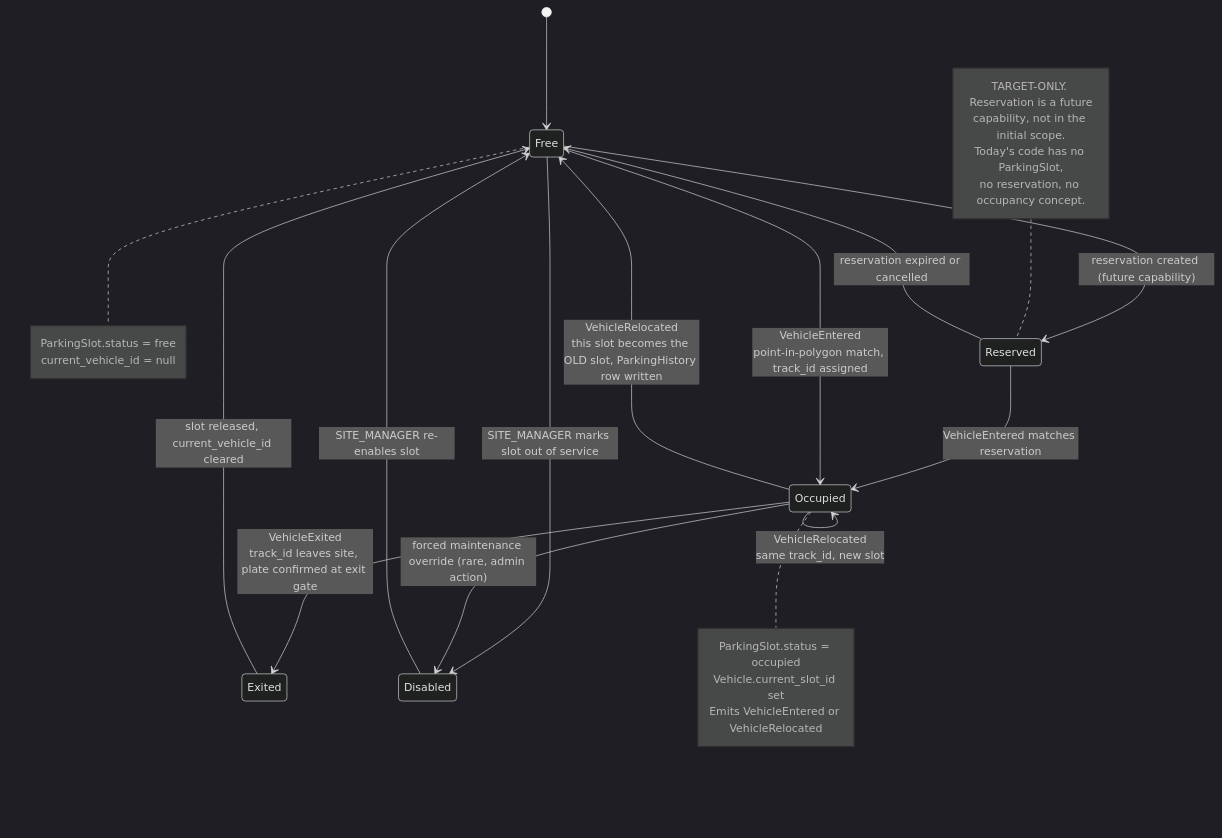
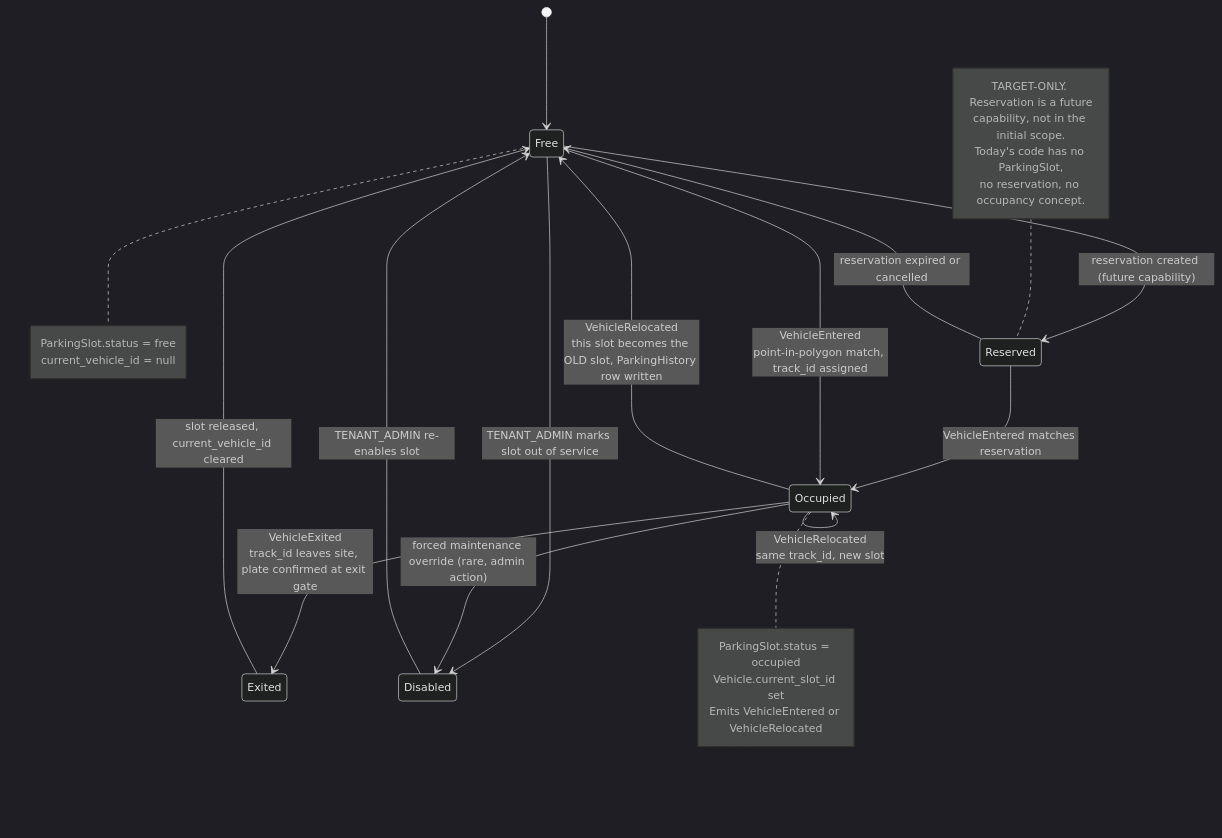
One commit to dainn-dev/next-manage-user changed the diagram in docs/02_Business_Flow/diagrams/parking-session-lifecycle-state.mmd. Above: the diagram before and after it, drawn with Mermaid (dark theme). The commit also changed 151 other files, not shown here.

```diff
--- a/docs/02_Business_Flow/diagrams/parking-session-lifecycle-state.mmd
+++ b/docs/02_Business_Flow/diagrams/parking-session-lifecycle-state.mmd
@@ -1,36 +1,36 @@
 stateDiagram-v2
     [*] --> Free
 
     Free --> Reserved: reservation created (future capability)
     Reserved --> Free: reservation expired or cancelled
     Reserved --> Occupied: VehicleEntered matches reservation
 
     Free --> Occupied: VehicleEntered<br/>point-in-polygon match, track_id assigned
 
     Occupied --> Occupied: VehicleRelocated<br/>same track_id, new slot
     Occupied --> Free: VehicleRelocated<br/>this slot becomes the OLD slot, ParkingHistory row written
 
     Occupied --> Exited: VehicleExited<br/>track_id leaves site, plate confirmed at exit gate
     Exited --> Free: slot released, current_vehicle_id cleared
 
-    Free --> Disabled: SITE_MANAGER marks slot out of service
+    Free --> Disabled: TENANT_ADMIN marks slot out of service
     Occupied --> Disabled: forced maintenance override (rare, admin action)
-    Disabled --> Free: SITE_MANAGER re-enables slot
+    Disabled --> Free: TENANT_ADMIN re-enables slot
 
     note right of Occupied
         ParkingSlot.status = occupied
         Vehicle.current_slot_id set
         Emits VehicleEntered or VehicleRelocated
     end note
 
     note right of Free
         ParkingSlot.status = free
         current_vehicle_id = null
     end note
 
     note left of Reserved
         TARGET-ONLY. Reservation is a future
         capability, not in the initial scope.
         Today's code has no ParkingSlot,
         no reservation, no occupancy concept.
     end note
```
